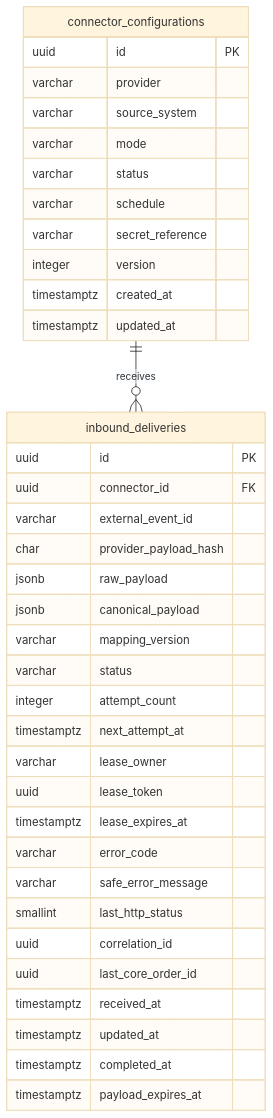
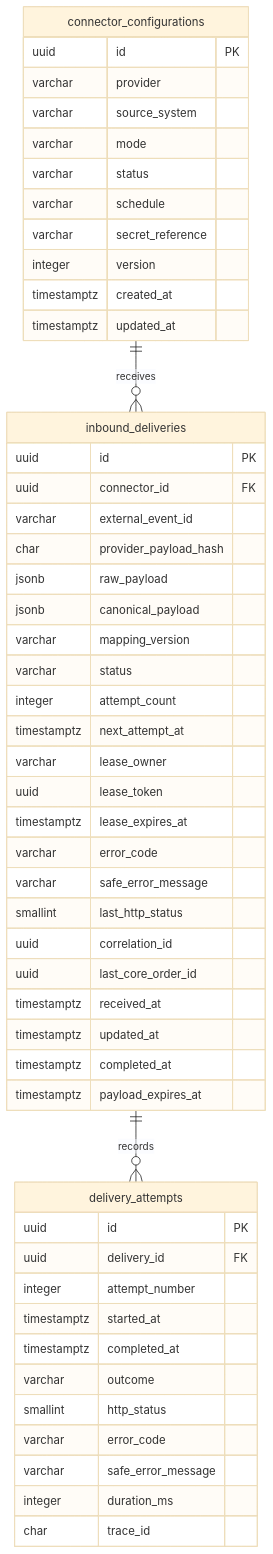
One commit to PietroRussoD/commerce-integration-hub changed the second of 2 diagrams in docs/data-model.md. Above: the diagram before and after it, drawn with Mermaid (base theme). The commit also changed other lines of this file and 6 other files, not shown here.

Commit message:
🗃️ Add delivery attempt schema

````diff
--- a/docs/data-model.md
+++ b/docs/data-model.md
@@ -137,42 +137,57 @@
 ```mermaid
 erDiagram
     connector_configurations ||--o{ inbound_deliveries : receives
+    inbound_deliveries ||--o{ delivery_attempts : records
 
     connector_configurations {
         uuid id PK
         varchar provider
         varchar source_system
         varchar mode
         varchar status
         varchar schedule
         varchar secret_reference
         integer version
         timestamptz created_at
         timestamptz updated_at
     }
 
     inbound_deliveries {
         uuid id PK
         uuid connector_id FK
         varchar external_event_id
         char provider_payload_hash
         jsonb raw_payload
         jsonb canonical_payload
         varchar mapping_version
         varchar status
         integer attempt_count
         timestamptz next_attempt_at
         varchar lease_owner
         uuid lease_token
         timestamptz lease_expires_at
         varchar error_code
         varchar safe_error_message
         smallint last_http_status
         uuid correlation_id
         uuid last_core_order_id
         timestamptz received_at
         timestamptz updated_at
         timestamptz completed_at
         timestamptz payload_expires_at
     }
+
+    delivery_attempts {
+        uuid id PK
+        uuid delivery_id FK
+        integer attempt_number
+        timestamptz started_at
+        timestamptz completed_at
+        varchar outcome
+        smallint http_status
+        varchar error_code
+        varchar safe_error_message
+        integer duration_ms
+        char trace_id
+    }
 ```
````
